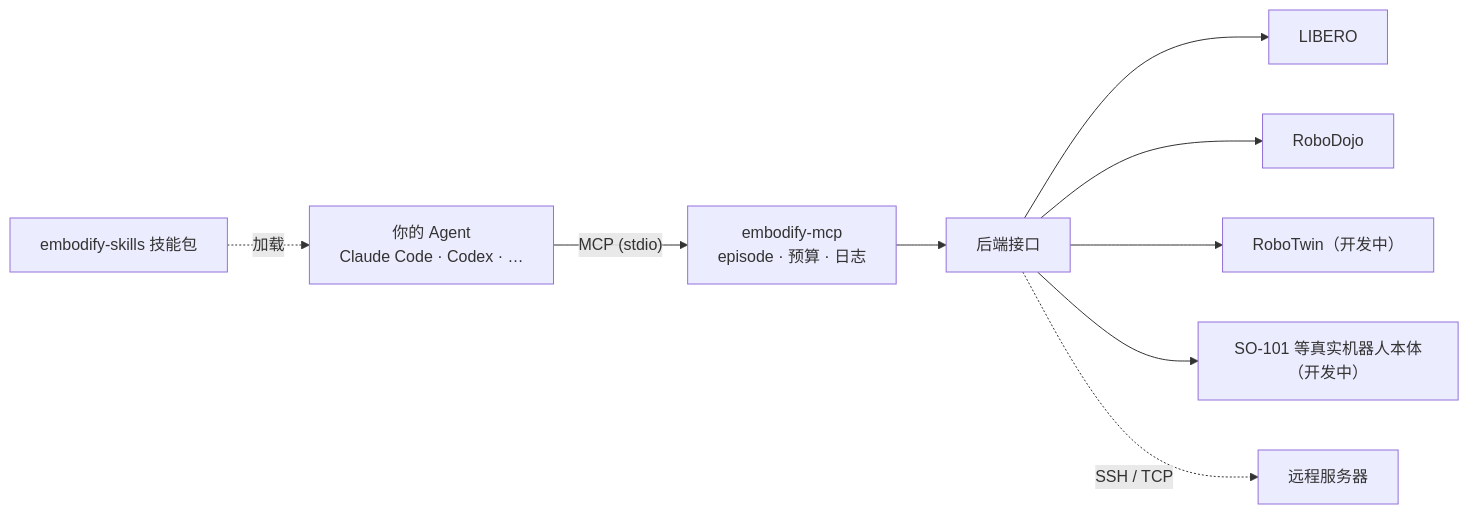
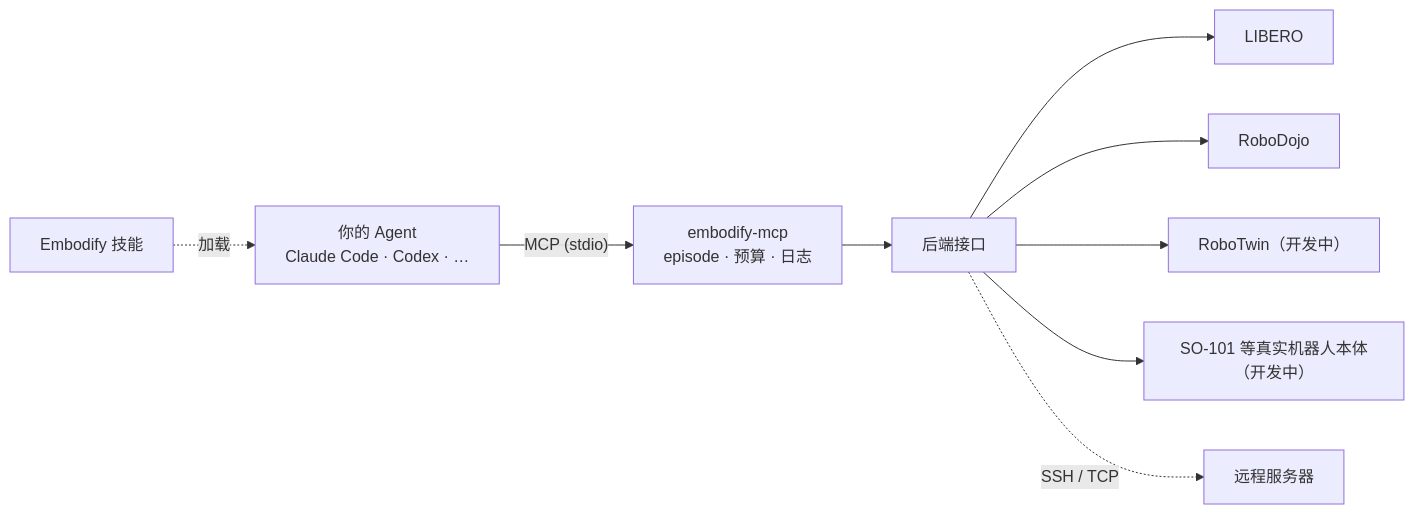
The diagram in README.zh-CN.md (YidaYang/embodify), drawn with Mermaid before and after one commit. The commit also changed other lines of this file and 28 other files, not shown here.

````diff
--- a/README.zh-CN.md
+++ b/README.zh-CN.md
@@ -59,11 +59,11 @@
 ```mermaid
 flowchart LR
   A["你的 Agent<br/>Claude Code · Codex · …"] -- "MCP (stdio)" --> B["embodify-mcp<br/>episode · 预算 · 日志"]
-  K["embodify-skills 技能包"] -. "加载" .-> A
+  K["Embodify 技能"] -. "加载" .-> A
   B --> I["后端接口"]
   I --> L["LIBERO"]
   I --> R["RoboDojo"]
   I --> T["RoboTwin（开发中）"]
   I --> H["SO-101 等真实机器人本体（开发中）"]
   I -. "SSH / TCP" .-> G["远程服务器"]
 ```
````
